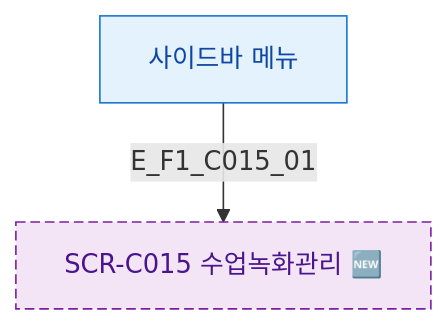
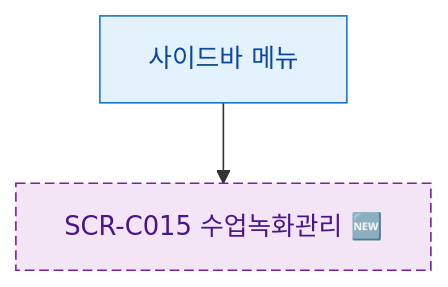
The diagram in docs/다이어그램/D04_수업관리/SCR-C015_수업녹화관리/F1_진입.md (dev-spogym/admin-pando), drawn with Mermaid before and after one commit. The commit also changed other lines of this file and 1660 other files, not shown here.

First line of the commit message:
다이어그램: 기획자/클라이언트 납품본으로 정리

````diff
--- a/docs/다이어그램/D04_수업관리/SCR-C015_수업녹화관리/F1_진입.md
+++ b/docs/다이어그램/D04_수업관리/SCR-C015_수업녹화관리/F1_진입.md
@@ -20,9 +18,9 @@
 ```mermaid
 flowchart TD
   SCR_NODE[SCR-C015 수업녹화관리 🆕]
-  Sidebar[사이드바 메뉴] -->|E_F1_C015_01| SCR_NODE
+  Sidebar[사이드바 메뉴] --> SCR_NODE
   classDef screen fill:#E3F2FD,stroke:#1976D2,color:#0D47A1
   classDef newFeature fill:#F3E5F5,stroke:#7B1FA2,color:#4A148C,stroke-dasharray:6 3
   class SCR_NODE newFeature
   class Sidebar screen
 ```
````
